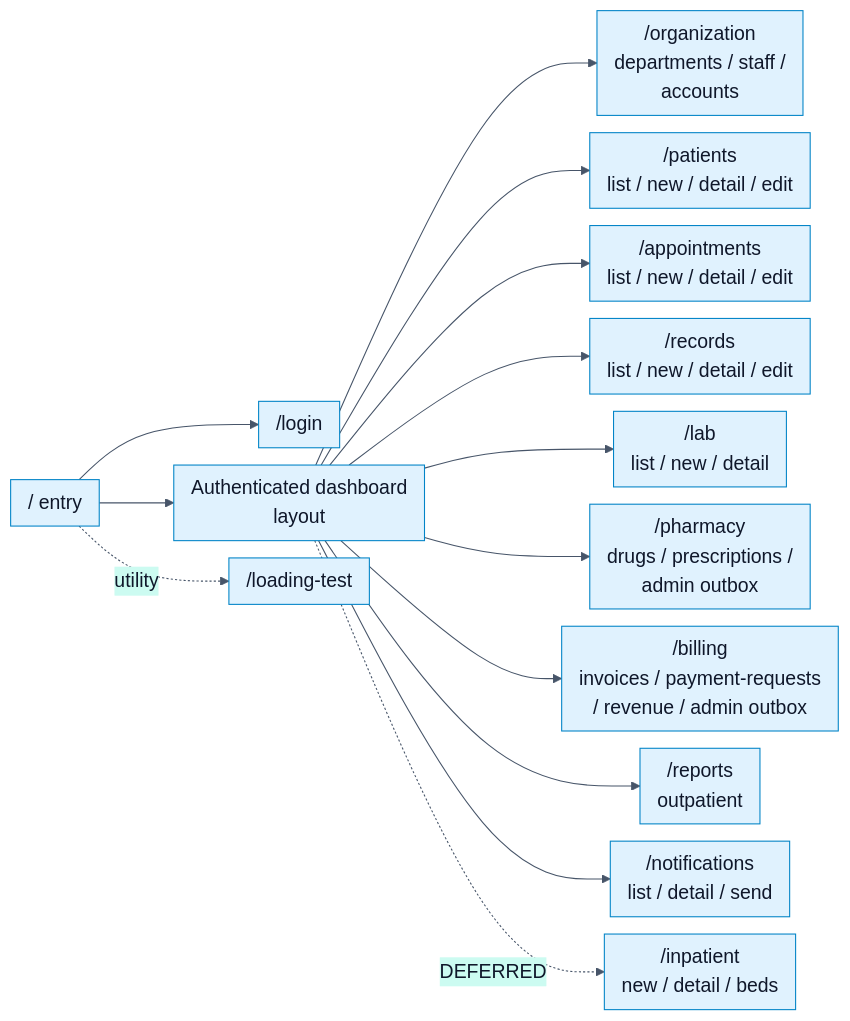
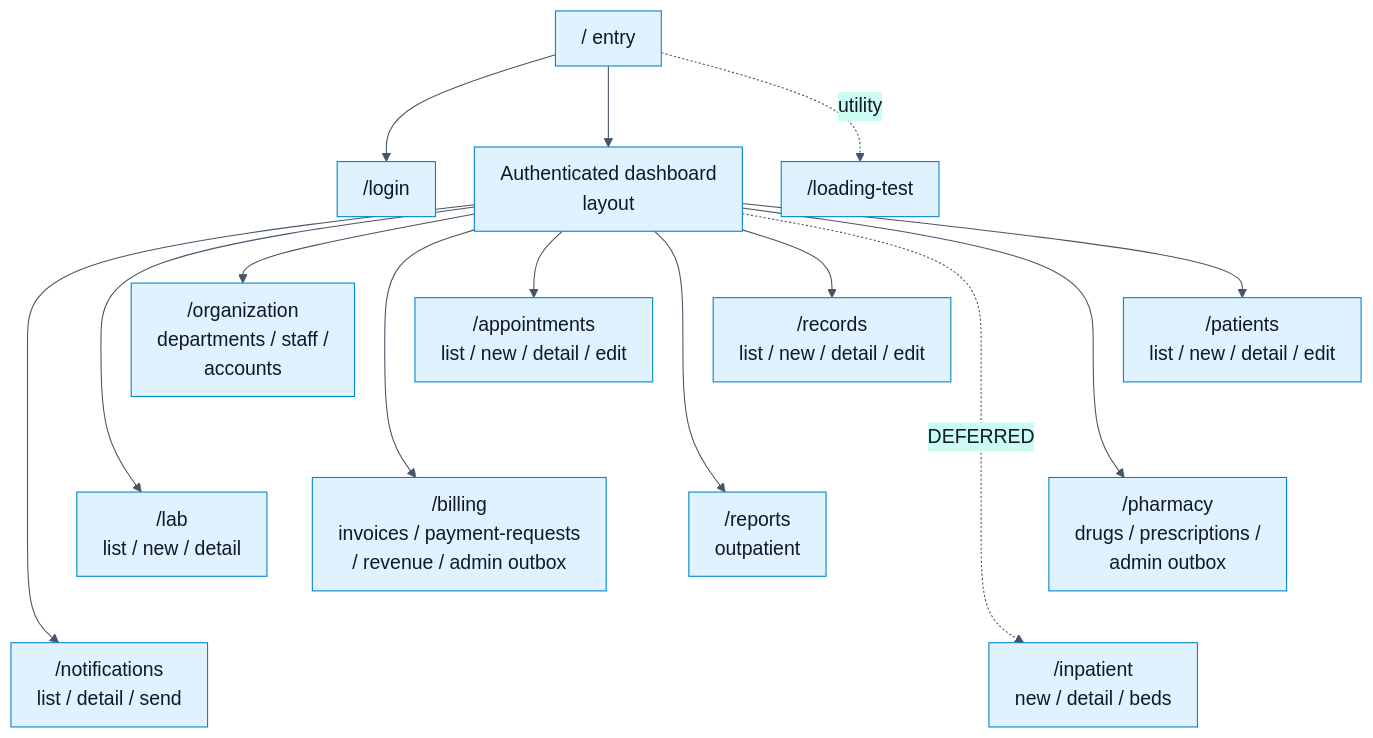
The diagram in docs/monitor_proj_progress/02-giai-doan-2-thiet-ke-giao-dien-tieu-chuan/review-2/word-compact/landscape/mermaid/24-vi.mmd (Dangvinh77/MediFlow), drawn with Mermaid before and after one commit. The commit also changed 593 other files, not shown here.

Commit message:
docs(review2): fix Word diagram exports and orientation layouts

```diff
--- a/docs/monitor_proj_progress/02-giai-doan-2-thiet-ke-giao-dien-tieu-chuan/review-2/word-compact/landscape/mermaid/24-vi.mmd
+++ b/docs/monitor_proj_progress/02-giai-doan-2-thiet-ke-giao-dien-tieu-chuan/review-2/word-compact/landscape/mermaid/24-vi.mmd
@@ -1,15 +1,21 @@
-%%{init: {"theme": "base", "securityLevel": "loose", "fontFamily": "Arial, sans-serif", "themeVariables": {"primaryColor": "#e0f2fe", "primaryTextColor": "#0f172a", "primaryBorderColor": "#0284c7", "lineColor": "#475569", "secondaryColor": "#ccfbf1", "tertiaryColor": "#f1f5f9", "background": "#ffffff", "mainBkg": "#e0f2fe", "nodeBorder": "#0284c7", "clusterBkg": "#f8fafc", "clusterBorder": "#94a3b8", "actorBkg": "#e0f2fe", "actorBorder": "#0284c7", "actorTextColor": "#0f172a", "signalColor": "#475569", "signalTextColor": "#0f172a", "labelBoxBkgColor": "#f1f5f9", "labelBoxBorderColor": "#94a3b8", "activationBkgColor": "#ccfbf1", "activationBorderColor": "#0f766e", "sequenceNumberColor": "#ffffff", "attributeBackgroundColorOdd": "#ffffff", "attributeBackgroundColorEven": "#f0f9ff", "fontSize": "18px"}, "flowchart": {"htmlLabels": true, "curve": "basis", "nodeSpacing": 16, "rankSpacing": 28, "padding": 8, "diagramPadding": 8, "wrappingWidth": 420}, "sequence": {"useMaxWidth": true, "wrap": true, "actorMargin": 22, "width": 125, "height": 45, "boxMargin": 6, "boxTextMargin": 4, "noteMargin": 7, "messageMargin": 20, "diagramMarginX": 8, "diagramMarginY": 8, "mirrorActors": false, "actorFontSize": 17, "messageFontSize": 16, "noteFontSize": 15, "wrapPadding": 6}, "er": {"useMaxWidth": true, "nodeSpacing": 22, "rankSpacing": 30, "diagramPadding": 8, "entityPadding": 10, "fontSize": 17}, "themeCSS": ".nodeLabel img { display:inline-block!important; width:28px!important; height:28px!important; vertical-align:middle!important; } .nodeLabel p { margin:0; }", "class": {"diagramPadding": 8, "nodeSpacing": 20, "rankSpacing": 30}}}%%
-flowchart LR
+%%{init: {"theme": "base", "securityLevel": "loose", "fontFamily": "Arial, sans-serif", "themeVariables": {"primaryColor": "#e0f2fe", "primaryTextColor": "#0f172a", "primaryBorderColor": "#0284c7", "lineColor": "#475569", "secondaryColor": "#ccfbf1", "tertiaryColor": "#f1f5f9", "background": "#ffffff", "mainBkg": "#e0f2fe", "nodeBorder": "#0284c7", "clusterBkg": "#f8fafc", "clusterBorder": "#94a3b8", "actorBkg": "#e0f2fe", "actorBorder": "#0284c7", "actorTextColor": "#0f172a", "signalColor": "#475569", "signalTextColor": "#0f172a", "labelBoxBkgColor": "#f1f5f9", "labelBoxBorderColor": "#94a3b8", "activationBkgColor": "#ccfbf1", "activationBorderColor": "#0f766e", "sequenceNumberColor": "#ffffff", "attributeBackgroundColorOdd": "#ffffff", "attributeBackgroundColorEven": "#f0f9ff", "fontSize": "18px"}, "flowchart": {"htmlLabels": true, "curve": "basis", "nodeSpacing": 36, "rankSpacing": 48, "padding": 12, "diagramPadding": 24, "wrappingWidth": 420, "subGraphTitleMargin": {"top": 10, "bottom": 32}}, "sequence": {"useMaxWidth": true, "wrap": true, "actorMargin": 65, "width": 210, "height": 55, "boxMargin": 14, "boxTextMargin": 8, "noteMargin": 16, "messageMargin": 24, "diagramMarginX": 24, "diagramMarginY": 24, "mirrorActors": true, "actorFontSize": 17, "messageFontSize": 16, "noteFontSize": 16, "wrapPadding": 10}, "er": {"useMaxWidth": true, "nodeSpacing": 45, "rankSpacing": 55, "diagramPadding": 24, "entityPadding": 10, "fontSize": 17}, "themeCSS": ".nodeLabel img { display:inline-block!important; width:28px!important; height:28px!important; vertical-align:middle!important; } .nodeLabel p { margin:0; }", "class": {"diagramPadding": 24, "nodeSpacing": 32, "rankSpacing": 45}}}%%
+flowchart TB
  ROOT["/ entry"] --> LOGIN["/login"]
  ROOT --> SHELL["Authenticated dashboard<br/>layout"]
  SHELL --> ORG["/organization<br/>departments / staff /<br/>accounts"]
  SHELL --> PAT["/patients<br/>list / new / detail / edit"]
  SHELL --> APP["/appointments<br/>list / new / detail / edit"]
  SHELL --> REC["/records<br/>list / new / detail / edit"]
  SHELL --> LAB["/lab<br/>list / new / detail"]
  SHELL --> PH["/pharmacy<br/>drugs / prescriptions /<br/>admin outbox"]
  SHELL --> BILL["/billing<br/>invoices / payment-requests<br/>/ revenue / admin outbox"]
  SHELL --> REP["/reports<br/>outpatient"]
  SHELL --> NOT["/notifications<br/>list / detail / send"]
  SHELL -. DEFERRED .-> INP["/inpatient<br/>new / detail / beds"]
  ROOT -. utility .-> LOAD["/loading-test"]
+
+ %% Layout-only constraints: three rows of dashboard destinations.
+ ORG ~~~ LAB ~~~ NOT
+ PAT ~~~ PH ~~~ INP
+ APP ~~~ BILL
+ REC ~~~ REP
```
